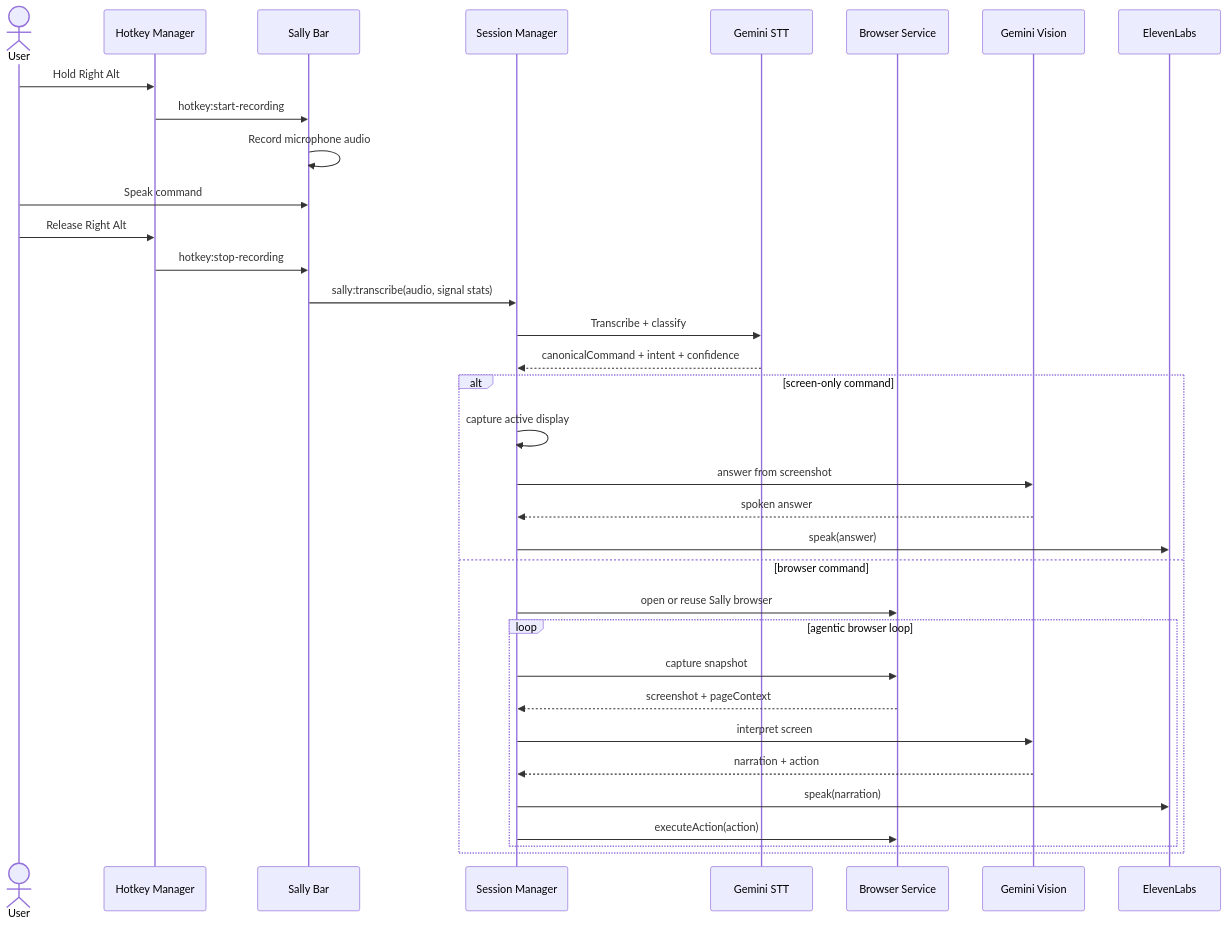
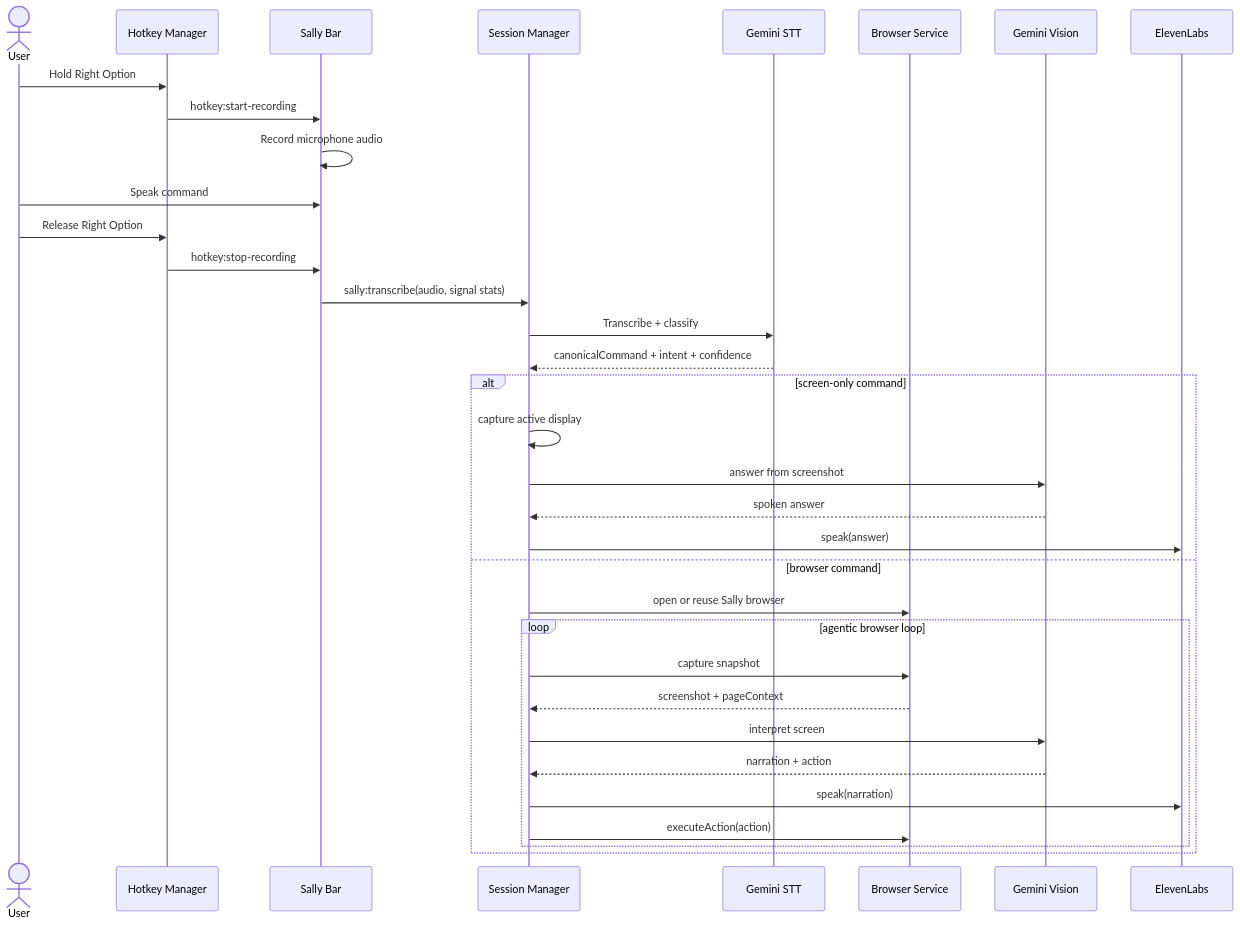
Before and after one commit to Manoj7ar/Sally: the second of 8 diagrams in docs/architecture.md, drawn with Mermaid. The commit also changed other lines of this file and 2 other files, not shown here.

Commit message:
docs: architecture macOS section, desktop-doctor, permission tests

````diff
--- a/docs/architecture.md
+++ b/docs/architecture.md
@@ -182,41 +180,41 @@
 ```mermaid
 sequenceDiagram
     actor User
     participant HKM as Hotkey Manager
     participant Bar as Sally Bar
     participant SES as Session Manager
     participant STT as Gemini STT
     participant BRS as Browser Service
     participant GEM as Gemini Vision
     participant TTS as ElevenLabs
 
-    User->>HKM: Hold Right Alt
+    User->>HKM: Hold Right Option
     HKM->>Bar: hotkey:start-recording
     Bar->>Bar: Record microphone audio
 
     User->>Bar: Speak command
 
-    User->>HKM: Release Right Alt
+    User->>HKM: Release Right Option
     HKM->>Bar: hotkey:stop-recording
     Bar->>SES: sally:transcribe(audio, signal stats)
 
     SES->>STT: Transcribe + classify
     STT-->>SES: canonicalCommand + intent + confidence
 
     alt screen-only command
         SES->>SES: capture active display
         SES->>GEM: answer from screenshot
         GEM-->>SES: spoken answer
         SES->>TTS: speak(answer)
     else browser command
         SES->>BRS: open or reuse Sally browser
         loop agentic browser loop
             SES->>BRS: capture snapshot
             BRS-->>SES: screenshot + pageContext
             SES->>GEM: interpret screen
             GEM-->>SES: narration + action
             SES->>TTS: speak(narration)
             SES->>BRS: executeAction(action)
         end
     end
 ```
````
